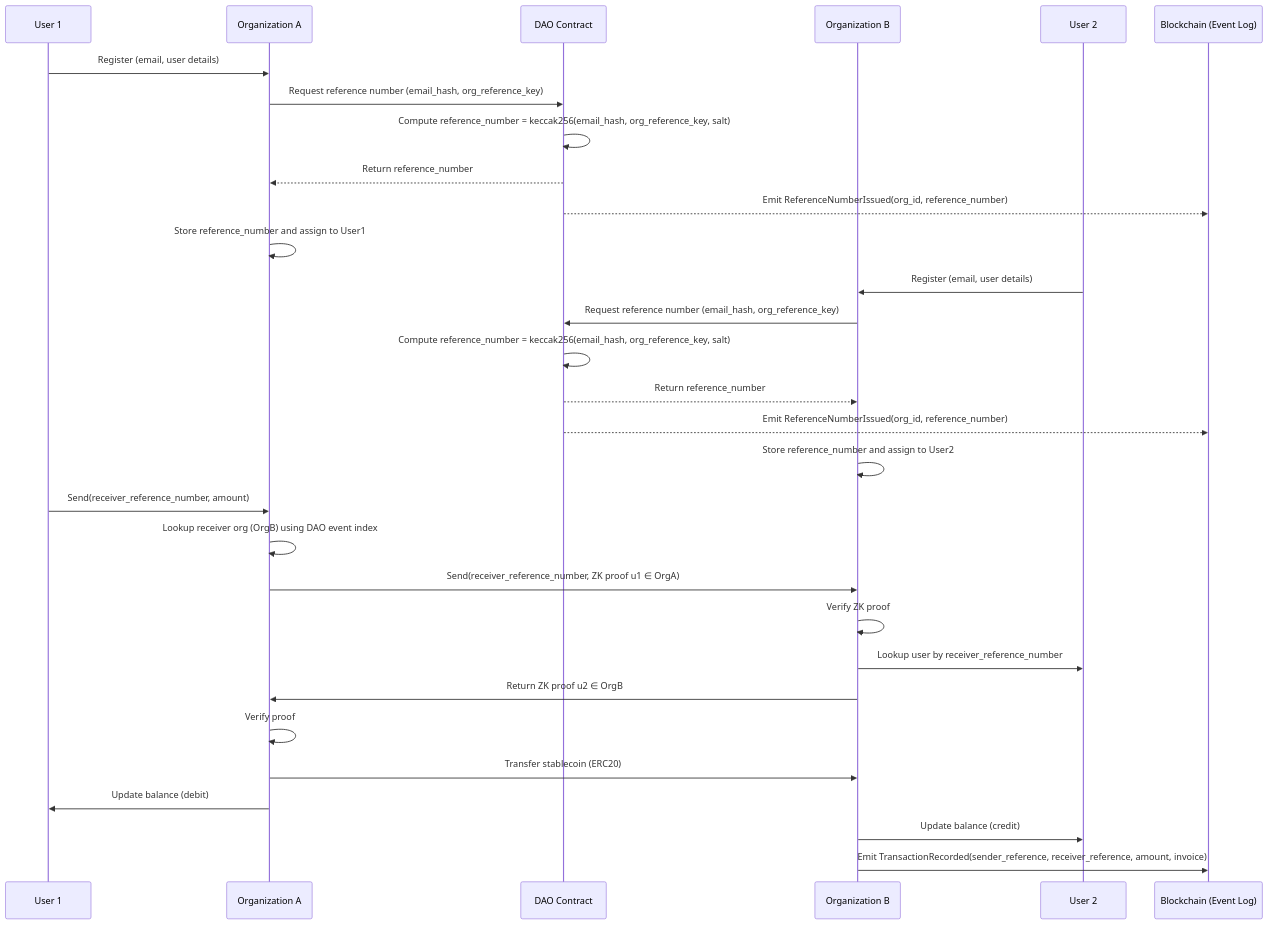
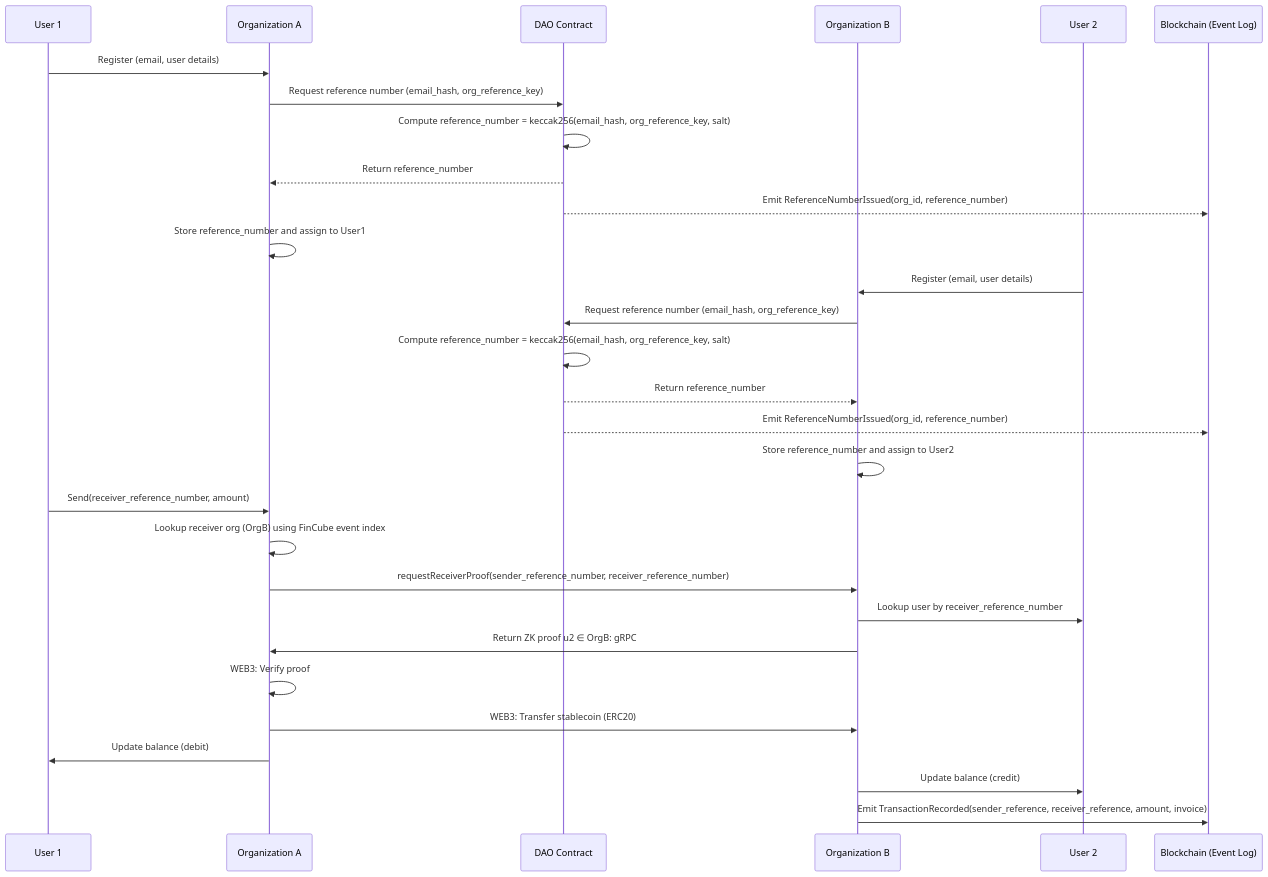
One commit to FinCube-23/transferPoC changed the first of 2 diagrams in SD-ZK-Integrated-Transfer.md. Above: the diagram before and after it, drawn with Mermaid.

Commit message:
docs: web3-kit New flow for ZK based B2B transfer

````diff
--- a/SD-ZK-Integrated-Transfer.md
+++ b/SD-ZK-Integrated-Transfer.md
@@ -1,32 +1,31 @@
 ```mermaid
 sequenceDiagram
     participant User1 as User 1
     participant OrgA as Organization A
     participant DAO as DAO Contract
     participant OrgB as Organization B
     participant User2 as User 2
     participant Blockchain as Blockchain (Event Log)
     User1->>OrgA: Register (email, user details)
     OrgA->>DAO: Request reference number (email_hash, org_reference_key)
     DAO->>DAO: Compute reference_number = keccak256(email_hash, org_reference_key, salt)
     DAO-->>OrgA: Return reference_number
     DAO-->>Blockchain: Emit ReferenceNumberIssued(org_id, reference_number)
     OrgA->>OrgA: Store reference_number and assign to User1
     User2->>OrgB: Register (email, user details)
     OrgB->>DAO: Request reference number (email_hash, org_reference_key)
     DAO->>DAO: Compute reference_number = keccak256(email_hash, org_reference_key, salt)
     DAO-->>OrgB: Return reference_number
     DAO-->>Blockchain: Emit ReferenceNumberIssued(org_id, reference_number)
     OrgB->>OrgB: Store reference_number and assign to User2
     User1->>OrgA: Send(receiver_reference_number, amount)
-    OrgA->>OrgA: Lookup receiver org (OrgB) using DAO event index
-    OrgA->>OrgB: Send(receiver_reference_number, ZK proof u1 ∈ OrgA)
-    OrgB->>OrgB: Verify ZK proof
+    OrgA->>OrgA: Lookup receiver org (OrgB) using FinCube event index
+    OrgA->>OrgB: requestReceiverProof(sender_reference_number, receiver_reference_number)
     OrgB->>User2: Lookup user by receiver_reference_number
-    OrgB->>OrgA: Return ZK proof u2 ∈ OrgB
-    OrgA->>OrgA: Verify proof
-    OrgA->>OrgB: Transfer stablecoin (ERC20)
+    OrgB->>OrgA: Return ZK proof u2 ∈ OrgB: gRPC
+    OrgA->>OrgA: WEB3: Verify proof
+    OrgA->>OrgB: WEB3: Transfer stablecoin (ERC20)
     OrgA->>User1: Update balance (debit)
     OrgB->>User2: Update balance (credit)
     OrgB->>Blockchain: Emit TransactionRecorded(sender_reference, receiver_reference, amount, invoice)
 ```
````
